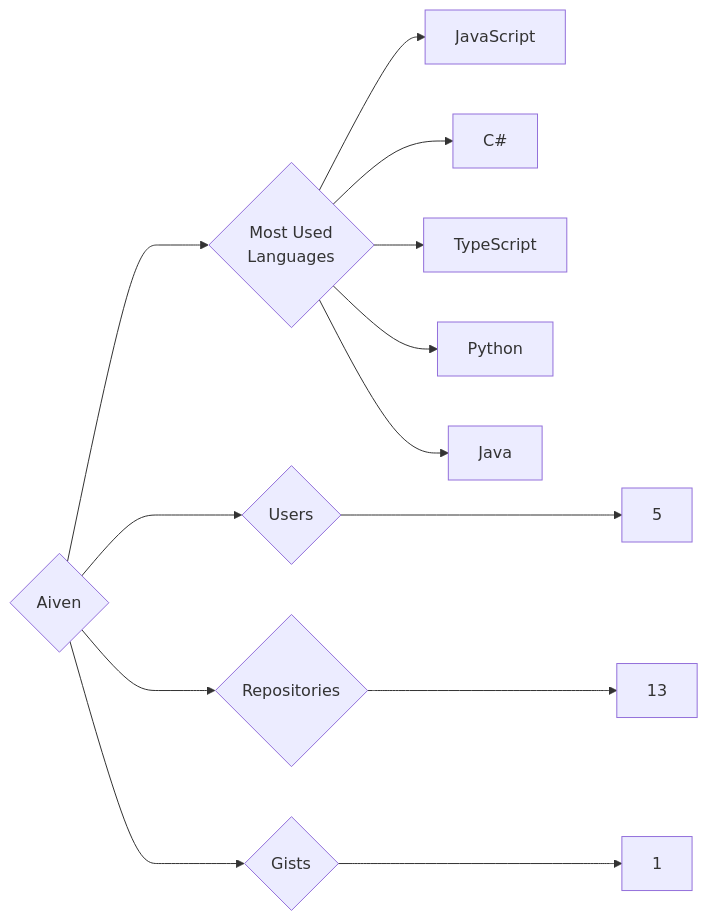
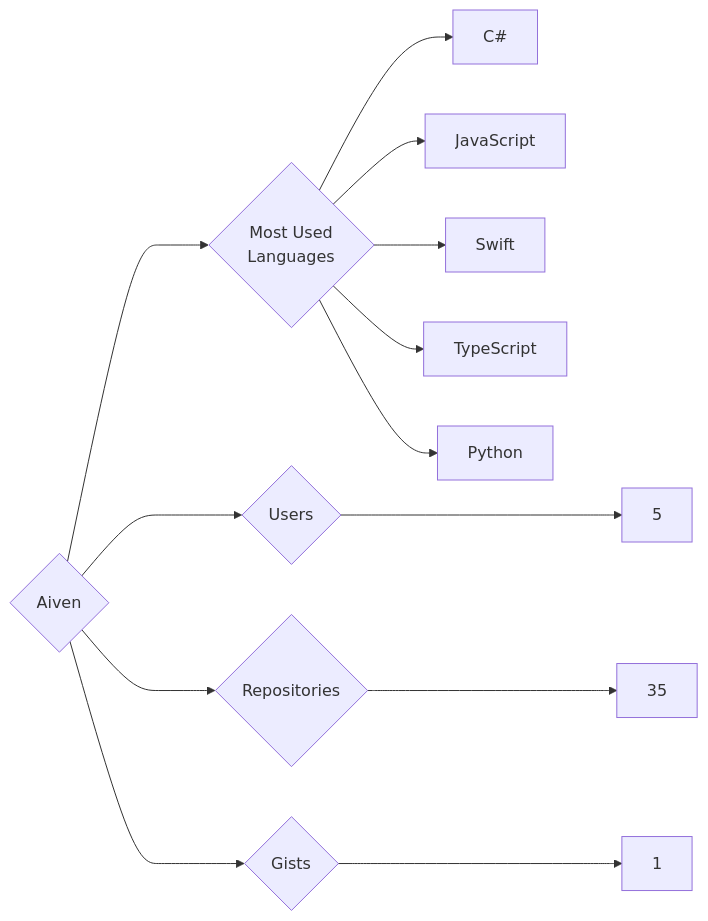
The diagram in targets/Aiven/README.md (trickest/insiders), drawn with Mermaid before and after one commit. The commit also changed 1149 other files, not shown here.

````diff
--- a/targets/Aiven/README.md
+++ b/targets/Aiven/README.md
@@ -3,13 +3,13 @@
 ```mermaid
 graph LR
 COMPANY_NAME{Aiven}
 COMPANY_NAME ---> U{Users} ---> UN[5]
-COMPANY_NAME ---> R{Repositories} ---> RN[13]
+COMPANY_NAME ---> R{Repositories} ---> RN[35]
 COMPANY_NAME ---> G{Gists} ---> GN[1]
 COMPANY_NAME ---> ML{Most Used<br>Languages}
+ML --> C#[C#]
 ML --> JavaScript[JavaScript]
-ML --> C#[C#]
+ML --> Swift[Swift]
 ML --> TypeScript[TypeScript]
 ML --> Python[Python]
-ML --> Java[Java]
 ```
````
